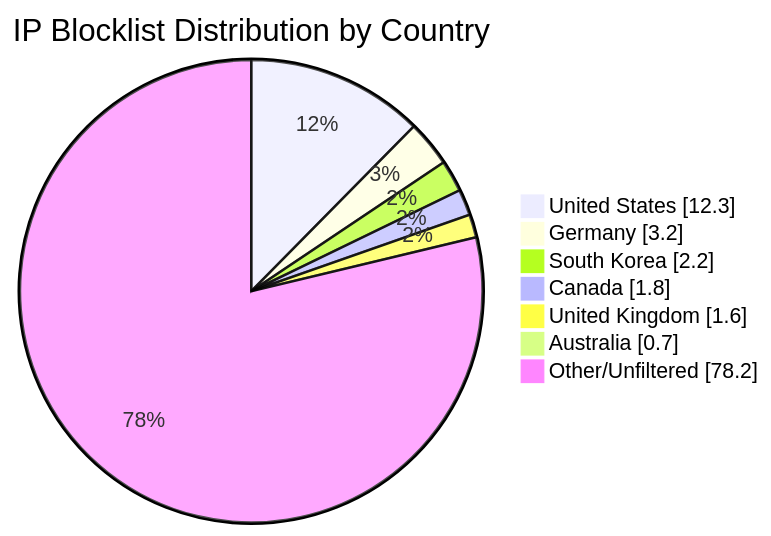
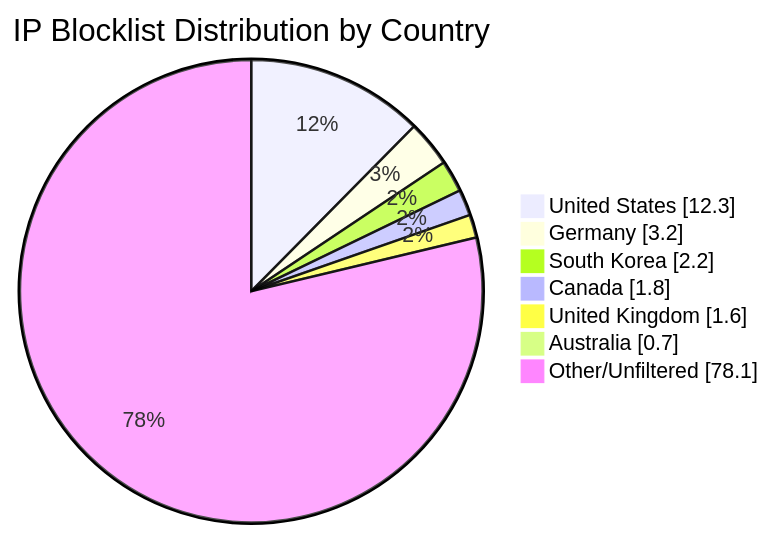
One commit to MarcusHoltz/ipblocklist-geofiltered-aggregator changed the diagram in README.md. Above: the diagram before and after it, drawn with Mermaid. The commit also changed other lines of this file and 9 other files, not shown here.

````diff
--- a/README.md
+++ b/README.md
@@ -34,10 +34,10 @@
 ```mermaid
 pie showData title IP Blocklist Distribution by Country
 "United States" : 12.3
 "Germany" : 3.2
 "South Korea" : 2.2
 "Canada" : 1.8
 "United Kingdom" : 1.6
 "Australia" : 0.7
-"Other/Unfiltered" : 78.2
+"Other/Unfiltered" : 78.1
 ```
````
